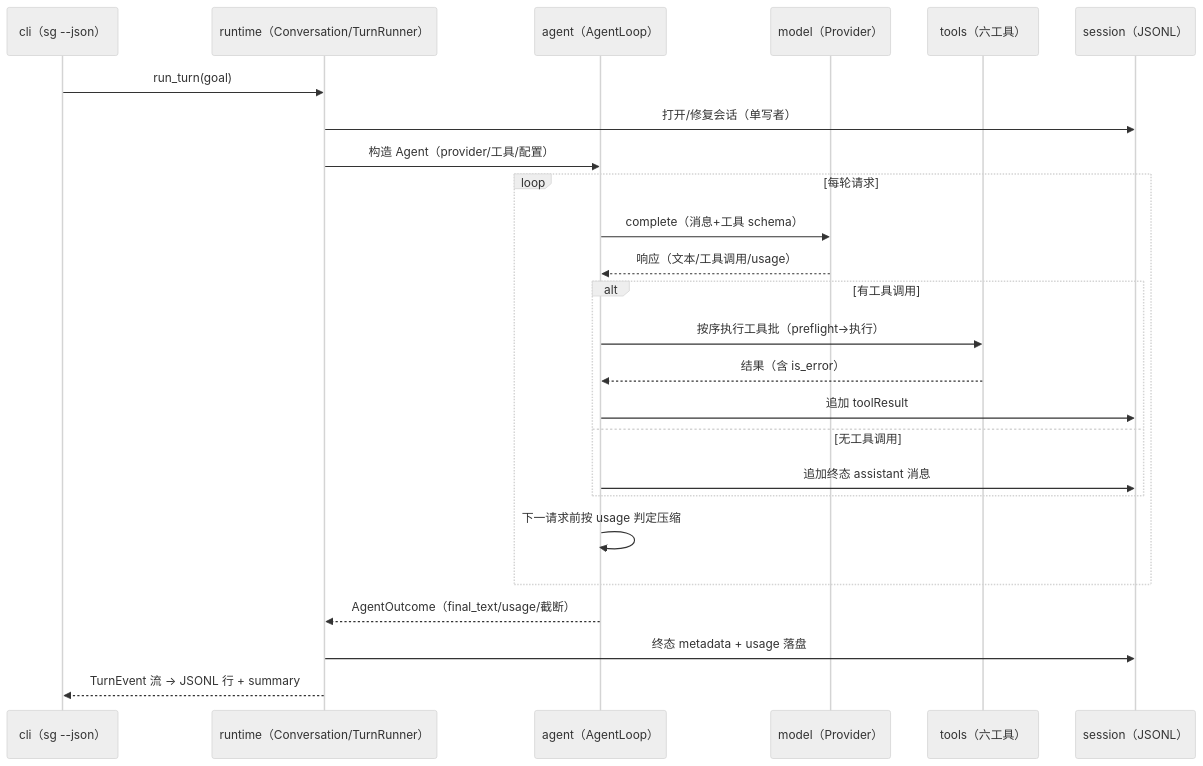
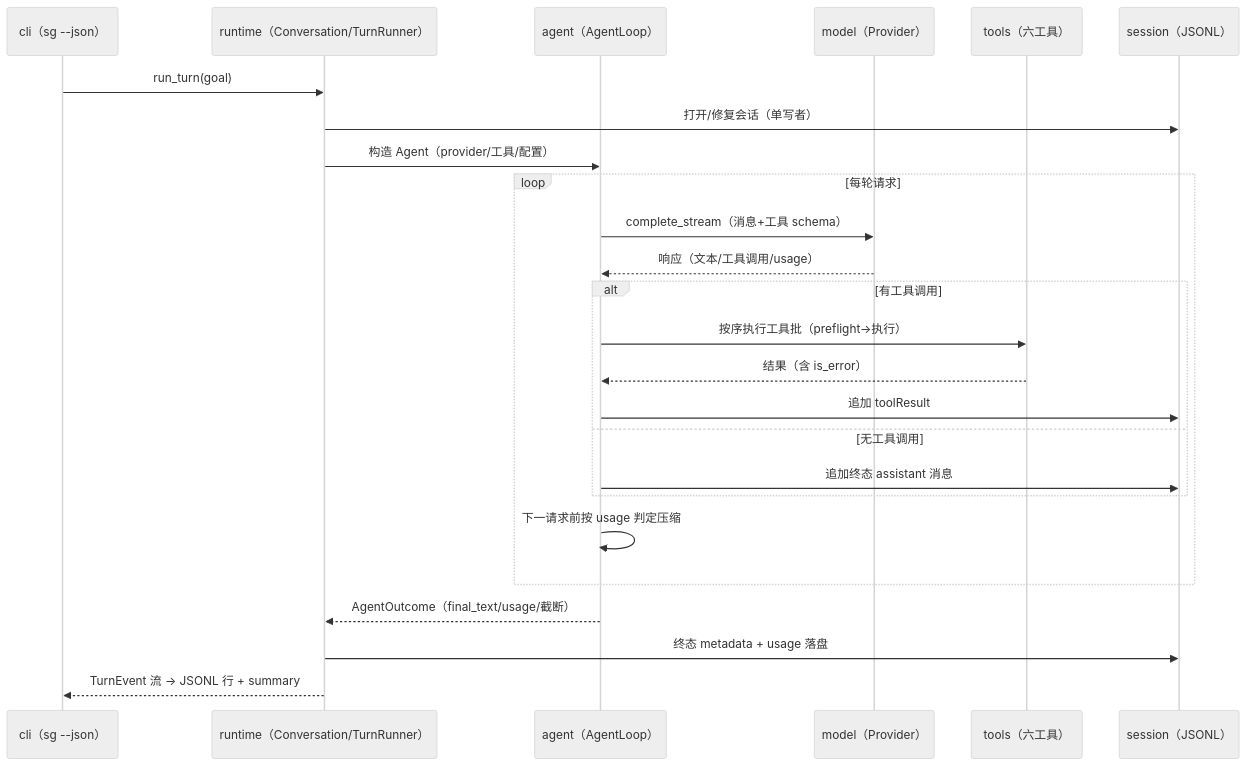
Before and after one commit to qjcnmd/singularity-agent: the tenth of 10 diagrams in docs/repository-map.md, drawn with Mermaid (neutral theme). The commit also changed other lines of this file and 1 other file, not shown here.

Commit message:
docs: 更新仓库地图与可靠性裁决记录（对齐 ThreadCatalog、protocol 与双协议分派）

````diff
--- a/docs/repository-map.md
+++ b/docs/repository-map.md
@@ -244,28 +254,28 @@
 ```mermaid
 sequenceDiagram
     participant CLI as cli（sg --json）
     participant RT as runtime（Conversation/TurnRunner）
     participant AG as agent（AgentLoop）
     participant MD as model（Provider）
     participant TL as tools（六工具）
     participant SS as session（JSONL）
 
     CLI->>RT: run_turn(goal)
     RT->>SS: 打开/修复会话（单写者）
     RT->>AG: 构造 Agent（provider/工具/配置）
     loop 每轮请求
-        AG->>MD: complete（消息+工具 schema）
+        AG->>MD: complete_stream（消息+工具 schema）
         MD-->>AG: 响应（文本/工具调用/usage）
         alt 有工具调用
             AG->>TL: 按序执行工具批（preflight→执行）
             TL-->>AG: 结果（含 is_error）
             AG->>SS: 追加 toolResult
         else 无工具调用
             AG->>SS: 追加终态 assistant 消息
         end
         AG->>AG: 下一请求前按 usage 判定压缩
     end
     AG-->>RT: AgentOutcome（final_text/usage/截断）
     RT->>SS: 终态 metadata + usage 落盘
     RT-->>CLI: TurnEvent 流 → JSONL 行 + summary
 ```
````
